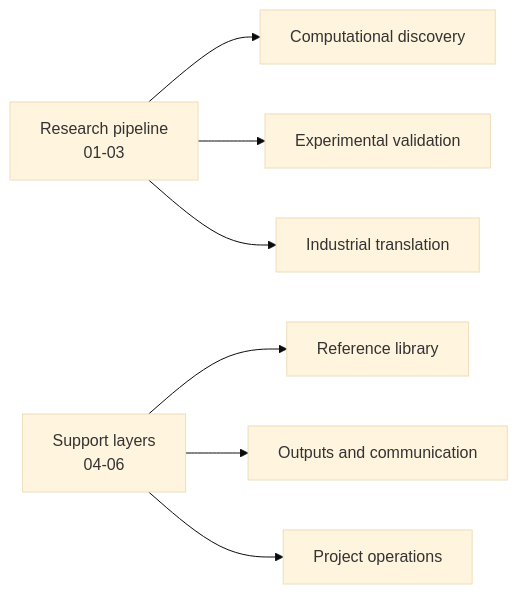
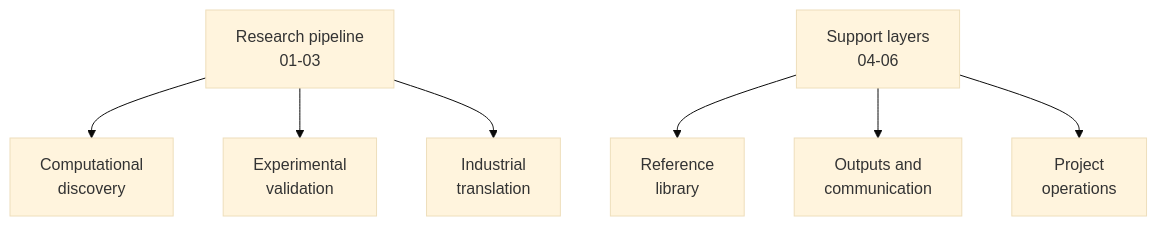
One commit to jackyissocute/LiSPER changed the second of 3 diagrams in 06_project_operations/docs/repository_guide.md. Above: the diagram before and after it, drawn with Mermaid (base theme). The commit also changed other lines of this file and 11 other files, not shown here.

````diff
--- a/06_project_operations/docs/repository_guide.md
+++ b/06_project_operations/docs/repository_guide.md
@@ -25,9 +38,21 @@
 ```mermaid
-flowchart LR
-    A["Research pipeline<br/>01-03"] --> B["Computational discovery"]
-    A --> C["Experimental validation"]
-    A --> D["Industrial translation"]
-    E["Support layers<br/>04-06"] --> F["Reference library"]
-    E --> G["Outputs and communication"]
-    E --> H["Project operations"]
+flowchart TD
+    accTitle: Repository Organization Model
+    accDescr: LiSPER is organized into three research pipeline folders and three support-layer folders.
+
+    pipeline["Research pipeline<br/>01-03"]
+    computational["Computational<br/>discovery"]
+    validation["Experimental<br/>validation"]
+    translation["Industrial<br/>translation"]
+    support["Support layers<br/>04-06"]
+    reference["Reference<br/>library"]
+    outputs["Outputs and<br/>communication"]
+    operations["Project<br/>operations"]
+
+    pipeline --> computational
+    pipeline --> validation
+    pipeline --> translation
+    support --> reference
+    support --> outputs
+    support --> operations
 ```
````
